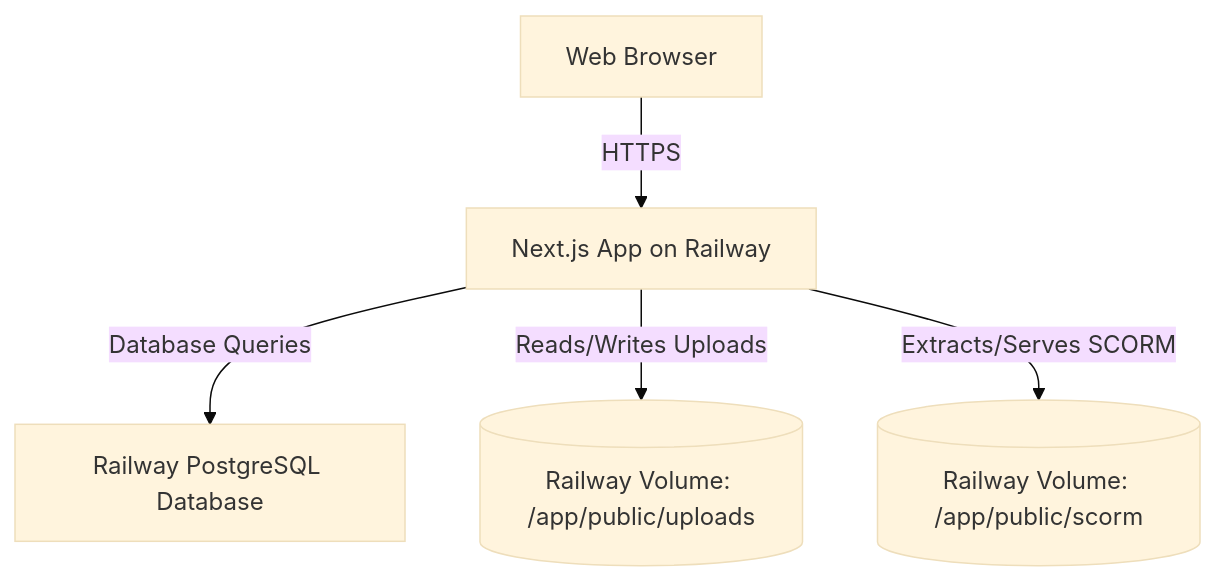
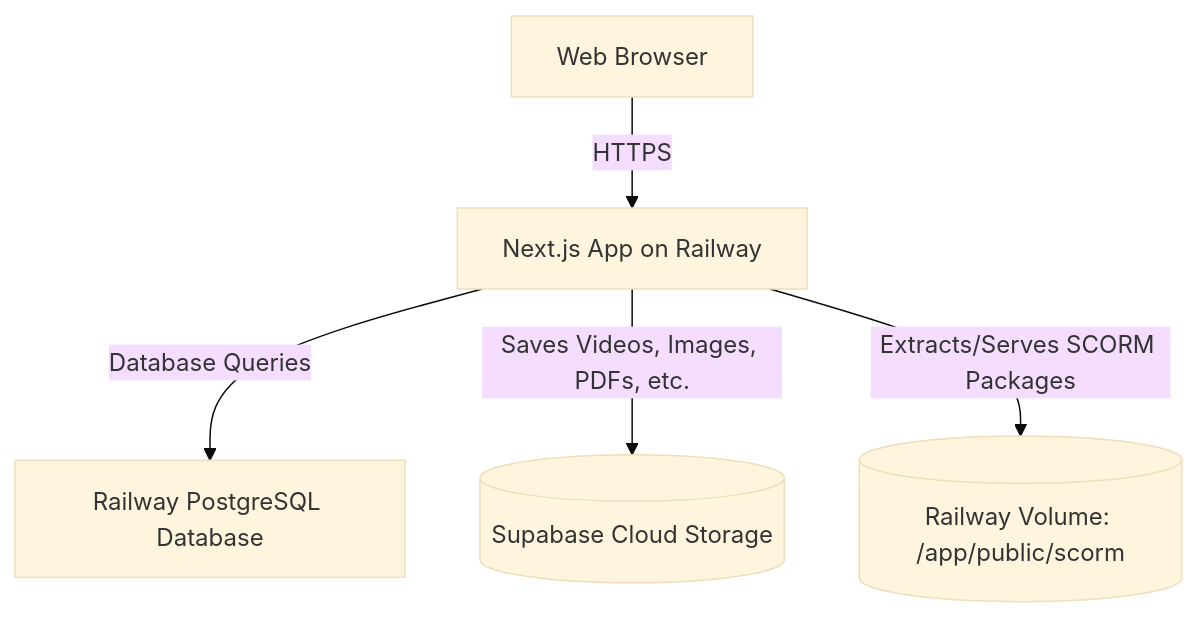
One commit to sizastartup-ai/cpdhub changed the diagram in deployment_guide.md. Above: the diagram before and after it, drawn with Mermaid (base theme). The commit also changed other lines of this file and 2 other files, not shown here.

Commit message:
feat: redirect resource uploads directly to Supabase Storage

````diff
--- a/deployment_guide.md
+++ b/deployment_guide.md
@@ -14,7 +14,7 @@
 ```mermaid
 graph TD
     Client[Web Browser] -->|HTTPS| NextApp[Next.js App on Railway]
     NextApp -->|Database Queries| PostgresDB[Railway PostgreSQL Database]
-    NextApp -->|Reads/Writes Uploads| Vol1[(Railway Volume: /app/public/uploads)]
-    NextApp -->|Extracts/Serves SCORM| Vol2[(Railway Volume: /app/public/scorm)]
+    NextApp -->|Saves Videos, Images, PDFs, etc.| Supabase[(Supabase Cloud Storage)]
+    NextApp -->|Extracts/Serves SCORM Packages| Vol[(Railway Volume: /app/public/scorm)]
 ```
````
